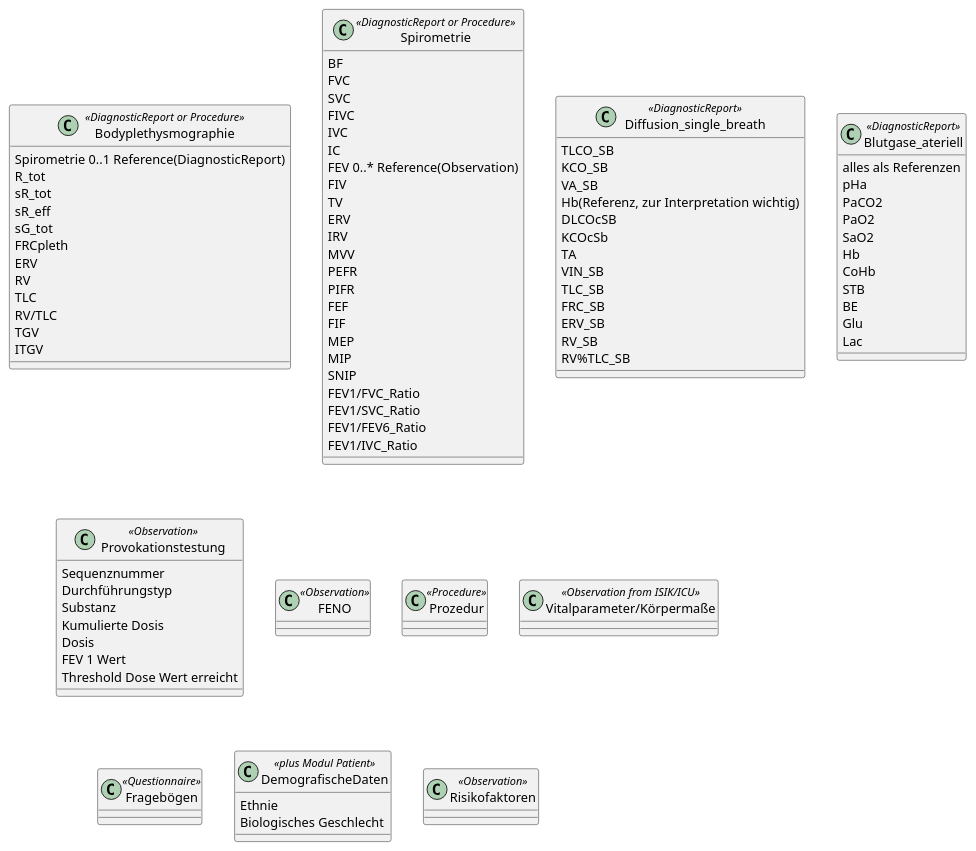
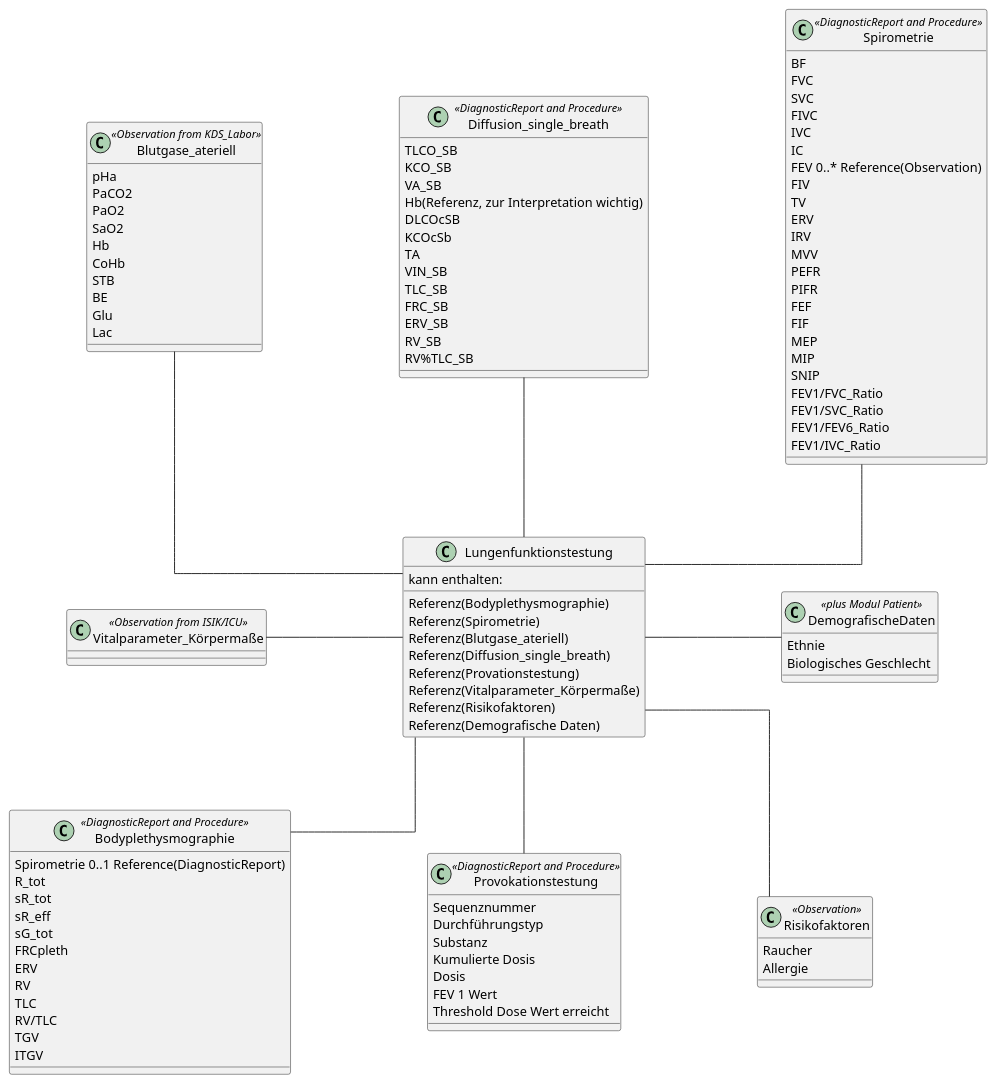
The diagram in UML/UML_Lungenfunktion.plantuml (medizininformatik-initiative/kerndatensatz-lungenfunktion), drawn with PlantUML before and after one commit.

Commit message:
Restructure UML

```diff
--- a/UML/UML_Lungenfunktion.plantuml
+++ b/UML/UML_Lungenfunktion.plantuml
@@ -1,96 +1,118 @@
-@startuml Lungenfunktion
-class Bodyplethysmographie <<DiagnosticReport or Procedure>>{
+@startuml UML Modul Lungenfunktion
+skinparam Linetype ortho
+skinparam Nodesep 150
+skinparam Ranksep 80
+skinparam legendBackgroundColor #white
+
+class Lungenfunktionstestung{
+    kann enthalten:
+    Referenz(Bodyplethysmographie)
+    Referenz(Spirometrie)
+    Referenz(Blutgase_ateriell)
+    Referenz(Diffusion_single_breath)
+    Referenz(Provationstestung)
+    Referenz(Vitalparameter_Körpermaße)
+    Referenz(Risikofaktoren)
+    Referenz(Demografische Daten)
+}
+
+class Bodyplethysmographie <<DiagnosticReport and Procedure>>{
     {field} Spirometrie 0..1 Reference(DiagnosticReport)
     R_tot
     sR_tot
     sR_eff
     sG_tot
     FRCpleth
     ERV
     RV
     TLC
     RV/TLC
     TGV
     ITGV
 }
-class Spirometrie <<DiagnosticReport or Procedure>>{
+class Spirometrie <<DiagnosticReport and Procedure>>{
     BF
     FVC
     SVC
     FIVC
     IVC
     IC
     {field} FEV 0..* Reference(Observation)
     FIV
     TV
     ERV
     IRV
     MVV
     PEFR
     PIFR
     FEF
     FIF
     MEP
     MIP
     SNIP
     FEV1/FVC_Ratio
     FEV1/SVC_Ratio
     FEV1/FEV6_Ratio
     FEV1/IVC_Ratio
 }
 
-class Diffusion_single_breath <<DiagnosticReport>> {
+class Diffusion_single_breath <<DiagnosticReport and Procedure>> {
     TLCO_SB
     KCO_SB
     VA_SB
     {field} Hb(Referenz, zur Interpretation wichtig)
     DLCOcSB
     KCOcSb
     TA
     VIN_SB
     TLC_SB
     FRC_SB
     ERV_SB
     RV_SB
     RV%TLC_SB
 }
 
-class Blutgase_ateriell <<DiagnosticReport>> {
-    alles als Referenzen
+class Blutgase_ateriell <<Observation from KDS_Labor>> {
     pHa
     PaCO2
     PaO2
     SaO2
     Hb
     CoHb
     STB
     BE
     Glu
     Lac
 }
 
-class Provokationstestung <<Observation>> {
+class Provokationstestung <<DiagnosticReport and Procedure>> {
     Sequenznummer
     Durchführungstyp
     Substanz
     Kumulierte Dosis
     Dosis
     FEV 1 Wert
     Threshold Dose Wert erreicht
 }
 
-class FENO <<Observation>>
-
-class Prozedur <<Procedure>>
-
-class Vitalparameter/Körpermaße <<Observation from ISIK/ICU>>
-
-class Fragebögen <<Questionnaire>>
+class Vitalparameter_Körpermaße <<Observation from ISIK/ICU>>
 
 class DemografischeDaten <<plus Modul Patient>> {
     Ethnie
     Biologisches Geschlecht
 }
 
-class Risikofaktoren <<Observation>>
+class Risikofaktoren <<Observation>> {
+    Raucher
+    Allergie
+}
+
+Lungenfunktionstestung -d- Bodyplethysmographie
+Lungenfunktionstestung -u- Spirometrie
+Lungenfunktionstestung -u- Diffusion_single_breath
+Lungenfunktionstestung -u- Blutgase_ateriell
+Lungenfunktionstestung -d- Provokationstestung
+Lungenfunktionstestung -r- DemografischeDaten
+Lungenfunktionstestung -l- Vitalparameter_Körpermaße
+Lungenfunktionstestung -d- Risikofaktoren
 @enduml
```
